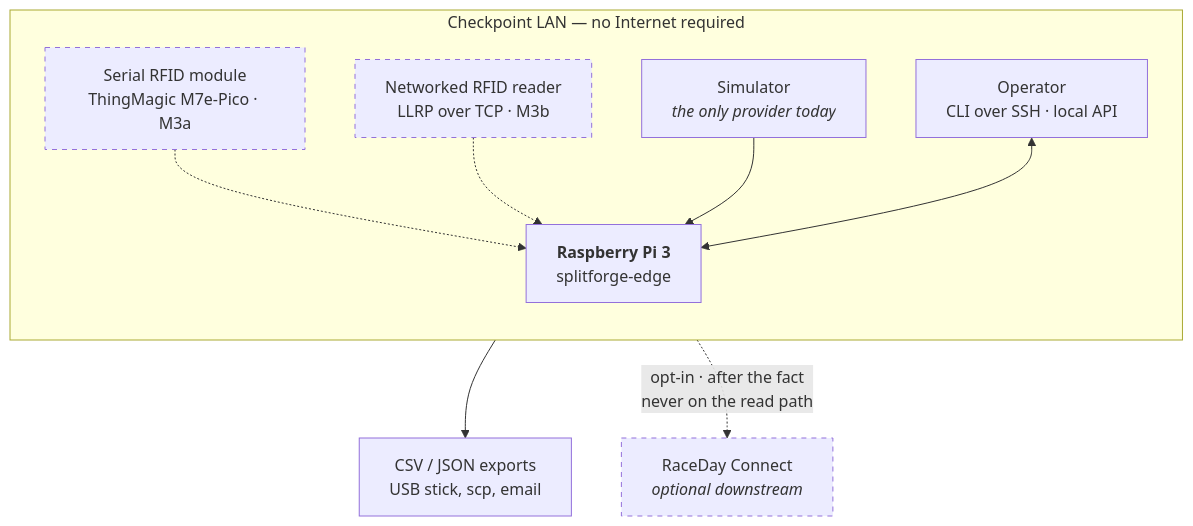
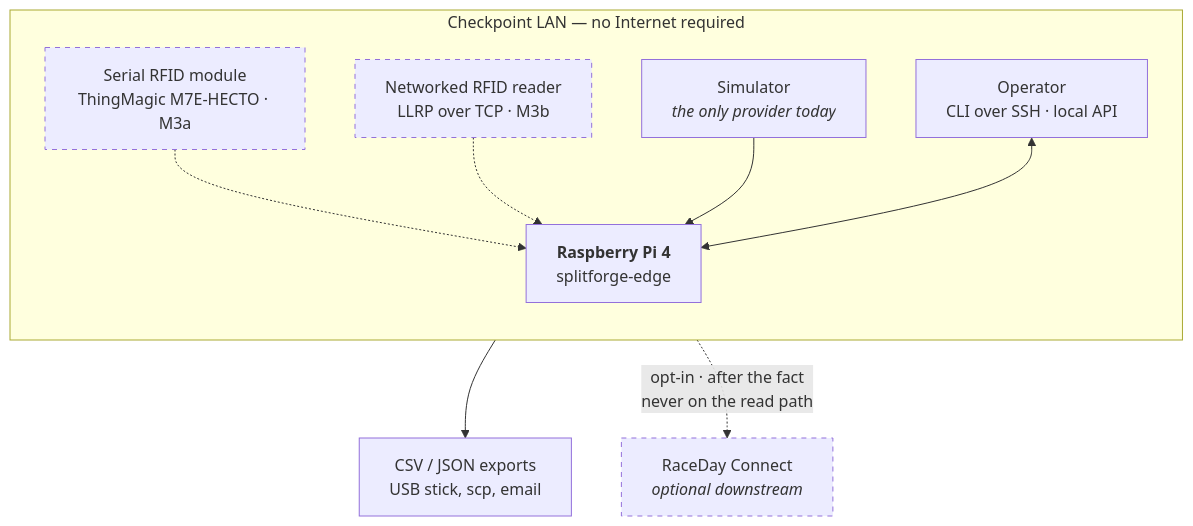
One commit to truppelli/splitforge changed the first of 3 diagrams in docs/architecture.md. Above: the diagram before and after it, drawn with Mermaid. The commit also changed other lines of this file and 14 other files, not shown here.

````diff
--- a/docs/architecture.md
+++ b/docs/architecture.md
@@ -17,24 +17,24 @@
 ```mermaid
 flowchart TB
   subgraph field["Checkpoint LAN — no Internet required"]
     direction TB
-    r1["Serial RFID module<br/>ThingMagic M7e-Pico · M3a"]
+    r1["Serial RFID module<br/>ThingMagic M7E-HECTO · M3a"]
     r2["Networked RFID reader<br/>LLRP over TCP · M3b"]
     r3["Simulator<br/><i>the only provider today</i>"]
-    pi["<b>Raspberry Pi 3</b><br/>splitforge-edge"]
+    pi["<b>Raspberry Pi 4</b><br/>splitforge-edge"]
     op["Operator<br/>CLI over SSH · local API"]
     r1 -.-> pi
     r2 -.-> pi
     r3 --> pi
     op <--> pi
   end
 
   csv["CSV / JSON exports<br/>USB stick, scp, email"]
   rdc["RaceDay Connect<br/><i>optional downstream</i>"]
 
   pi --> csv
   pi -. "opt-in · after the fact<br/>never on the read path" .-> rdc
 
   classDef optional stroke-dasharray: 5 5
   class rdc,r1,r2 optional
 ```
````
